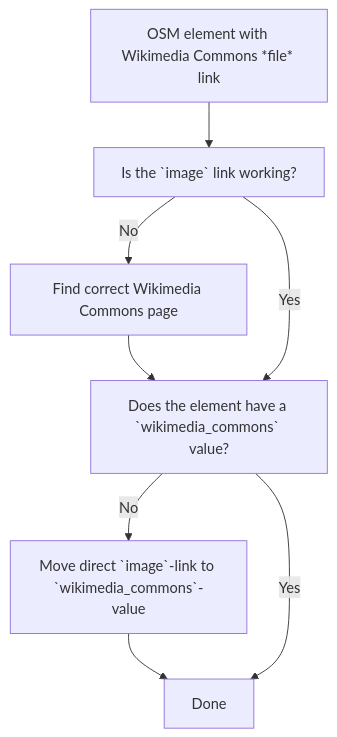
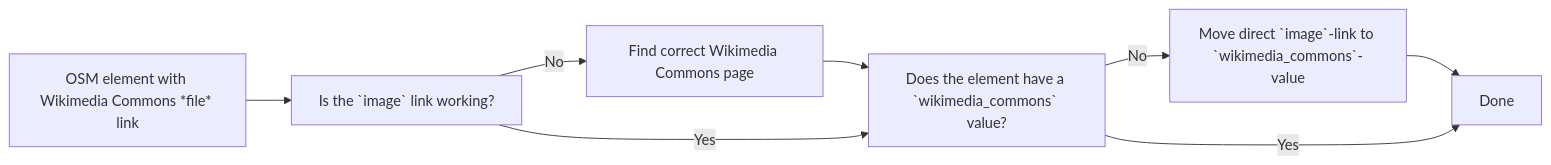
The diagram in README.md (habi/openstreetmap-wikimedia-thumbnail-correction-helper), drawn with Mermaid before and after one commit. The commit also changed other lines of this file and 3 other files, not shown here.

First line of the commit message:
Keep workflow diagram only in README

````diff
--- a/README.md
+++ b/README.md
@@ -23,7 +22,7 @@
 ```mermaid
-graph TD
+graph LR
     nwr[OSM element with Wikimedia Commons *file* link] --> check[Is the `image` link working?]
     check -- No --> correct[Find correct Wikimedia Commons page] --> commons
     check -- Yes --> commons[Does the element have a `wikimedia_commons` value?] -- No --> move[Move direct `image`-link to `wikimedia_commons`-value] --> Done
     commons -- Yes --> Done
 ```
````
